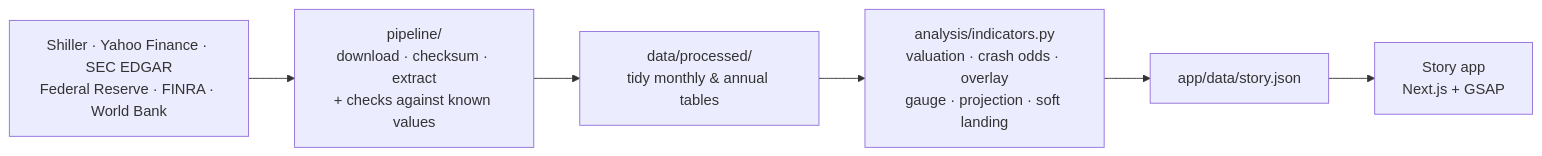
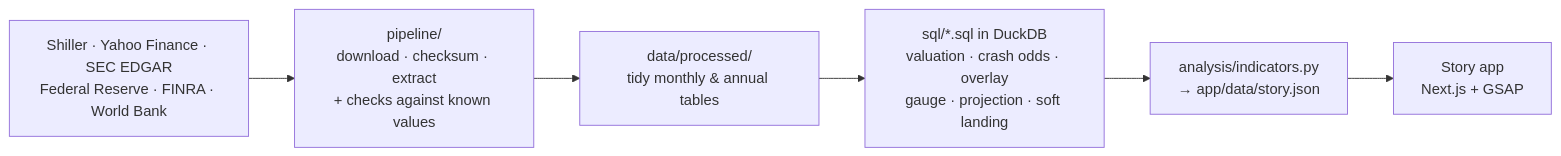
One commit to noturbob/ai-bubble-vs-dotcom changed the diagram in README.md. Above: the diagram before and after it, drawn with Mermaid. The commit also changed other lines of this file and 27 other files, not shown here.

Commit message:
Compute every measure in SQL with DuckDB; show the query under each chart

````diff
--- a/README.md
+++ b/README.md
@@ -59,8 +59,8 @@
 ```mermaid
 flowchart LR
   A["Shiller · Yahoo Finance · SEC EDGAR<br>Federal Reserve · FINRA · World Bank"] --> B["pipeline/<br>download · checksum · extract<br>+ checks against known values"]
   B --> C["data/processed/<br>tidy monthly & annual tables"]
-  C --> D["analysis/indicators.py<br>valuation · crash odds · overlay<br>gauge · projection · soft landing"]
-  D --> E["app/data/story.json"]
+  C --> D["sql/*.sql in DuckDB<br>valuation · crash odds · overlay<br>gauge · projection · soft landing"]
+  D --> E["analysis/indicators.py<br>→ app/data/story.json"]
   E --> F["Story app<br>Next.js + GSAP"]
 ```
````
